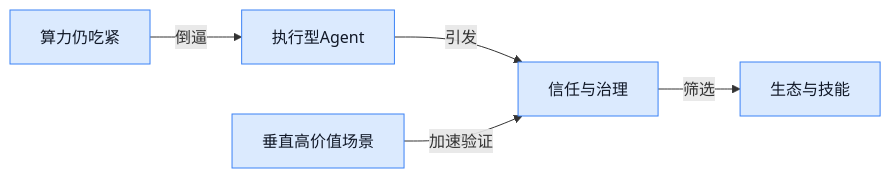
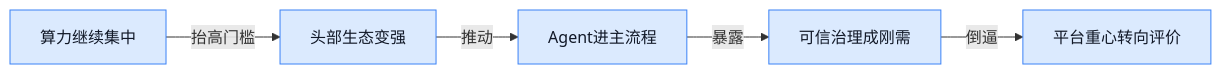
Before and after one commit to ylzsdafei/ai-daily-site: the seventh of 8 diagrams in content/cn/blog/weekly/2026-W16.md, drawn with Mermaid. The commit also changed other lines of this file and 4 other files, not shown here.

````diff
--- a/content/cn/blog/weekly/2026-W16.md
+++ b/content/cn/blog/weekly/2026-W16.md
@@ -249,9 +222,9 @@
 ```mermaid
 graph LR
-A[算力仍吃紧] -->|倒逼| B[执行型Agent]
-B -->|引发| C[信任与治理]
-C -->|筛选| D[生态与技能]
-E[垂直高价值场景] -->|加速验证| C
+A[算力继续集中] -->|抬高门槛| B[头部生态变强]
+B -->|推动| C[Agent进主流程]
+C -->|暴露| D[可信治理成刚需]
+D -->|倒逼| E[平台重心转向评价]
 classDef blue fill:#dbeafe,stroke:#3b82f6,color:#111827
 class A,B,C,D,E blue
 ```
````
